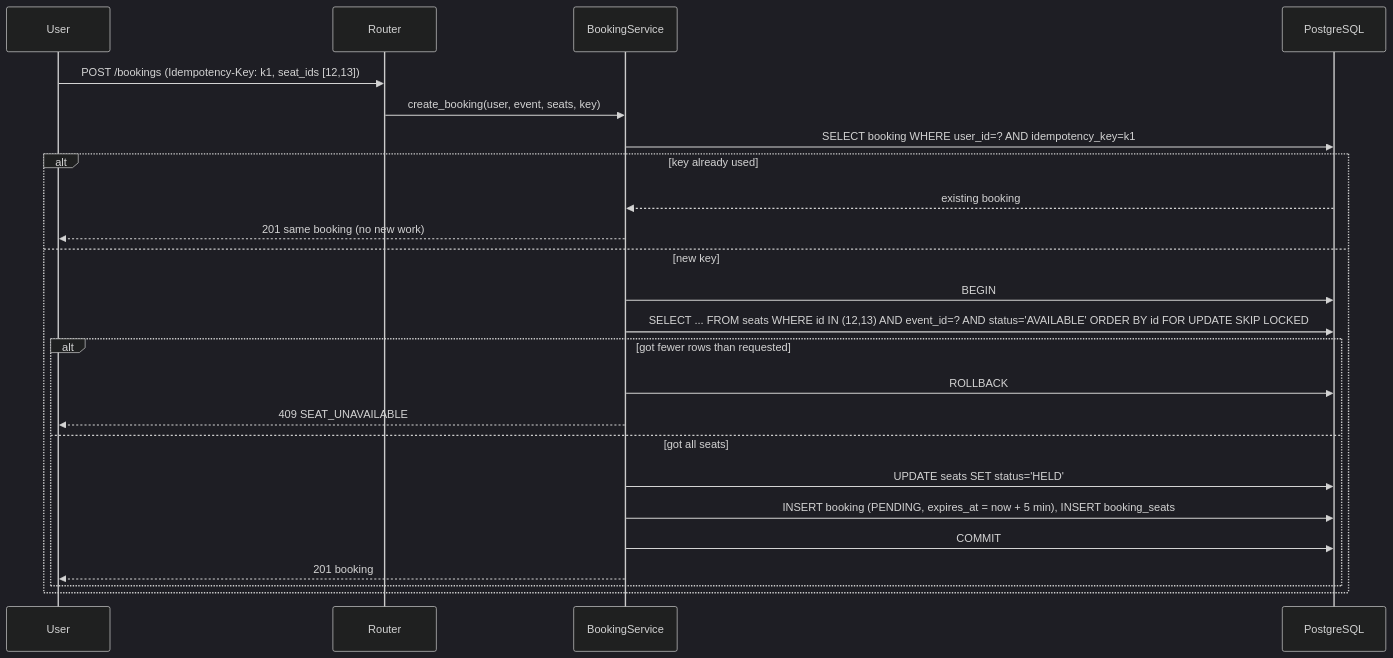
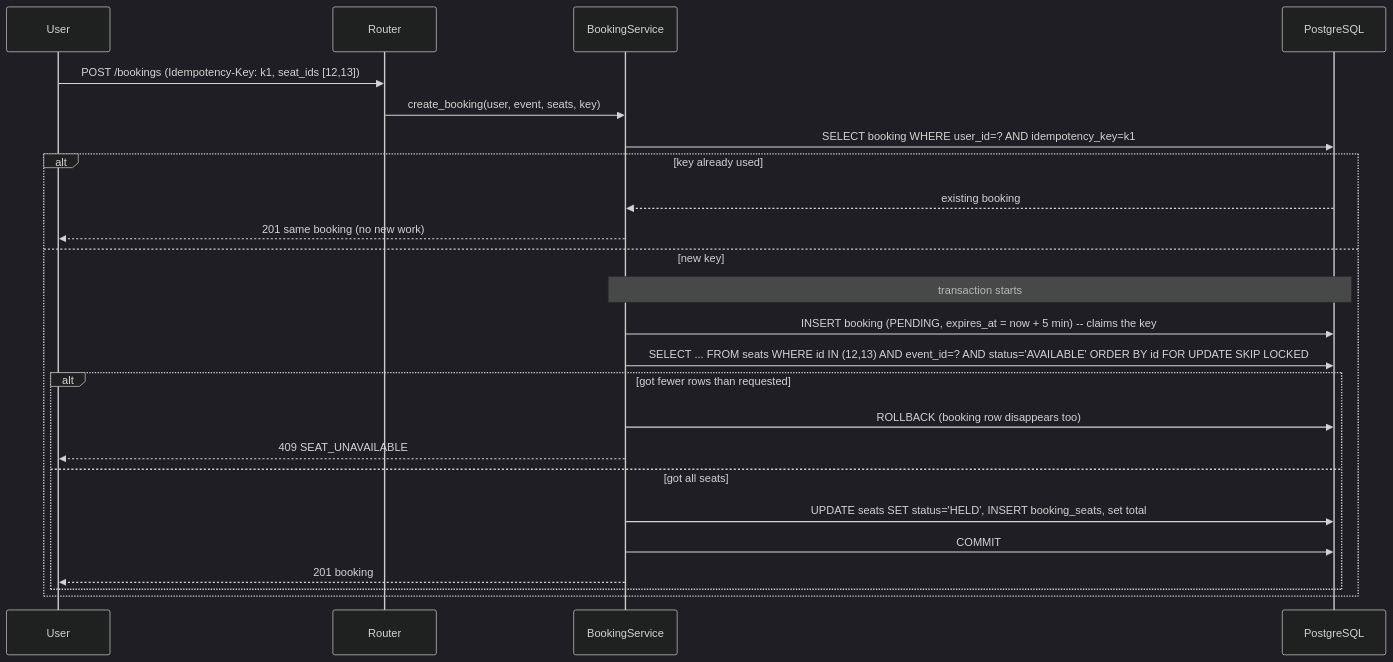
Before and after one commit to MandarGavali/TicketRush: the fourth of 4 diagrams in docs/project-guide.md, drawn with Mermaid (dark theme). The commit also changed other lines of this file and 3 other files, not shown here.

````diff
--- a/docs/project-guide.md
+++ b/docs/project-guide.md
@@ -188,26 +188,26 @@
 ```mermaid
 sequenceDiagram
     participant U as User
     participant API as Router
     participant S as BookingService
     participant DB as PostgreSQL
     U->>API: POST /bookings (Idempotency-Key: k1, seat_ids [12,13])
     API->>S: create_booking(user, event, seats, key)
     S->>DB: SELECT booking WHERE user_id=? AND idempotency_key=k1
     alt key already used
         DB-->>S: existing booking
         S-->>U: 201 same booking (no new work)
     else new key
-        S->>DB: BEGIN
+        Note over S,DB: transaction starts
+        S->>DB: INSERT booking (PENDING, expires_at = now + 5 min) -- claims the key
         S->>DB: SELECT ... FROM seats WHERE id IN (12,13) AND event_id=? AND status='AVAILABLE' ORDER BY id FOR UPDATE SKIP LOCKED
         alt got fewer rows than requested
-            S->>DB: ROLLBACK
+            S->>DB: ROLLBACK (booking row disappears too)
             S-->>U: 409 SEAT_UNAVAILABLE
         else got all seats
-            S->>DB: UPDATE seats SET status='HELD'
-            S->>DB: INSERT booking (PENDING, expires_at = now + 5 min), INSERT booking_seats
+            S->>DB: UPDATE seats SET status='HELD', INSERT booking_seats, set total
             S->>DB: COMMIT
             S-->>U: 201 booking
         end
     end
 ```
````
